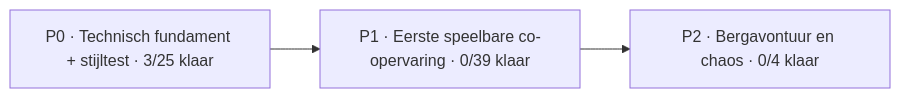
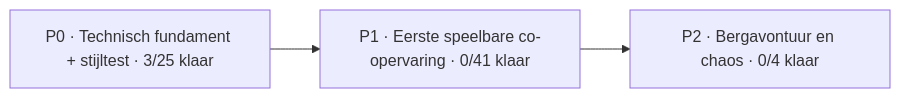
Before and after one commit to mlemson/conductor-chaos: the diagram in Docs/PROJECT_BOARD.md, drawn with Mermaid. The commit also changed other lines of this file, not shown here.

````diff
--- a/Docs/PROJECT_BOARD.md
+++ b/Docs/PROJECT_BOARD.md
@@ -13,7 +13,7 @@
 ```mermaid
 flowchart LR
     P0["P0 · Technisch fundament + stijltest · 3/25 klaar"]
-    P1["P1 · Eerste speelbare co-opervaring · 0/39 klaar"]
+    P1["P1 · Eerste speelbare co-opervaring · 0/41 klaar"]
     P2["P2 · Bergavontuur en chaos · 0/4 klaar"]
     P0 --> P1 --> P2
 ```
````
